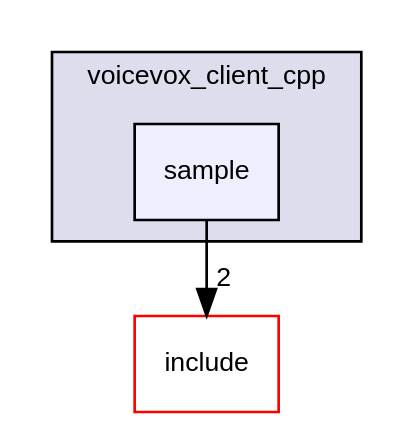
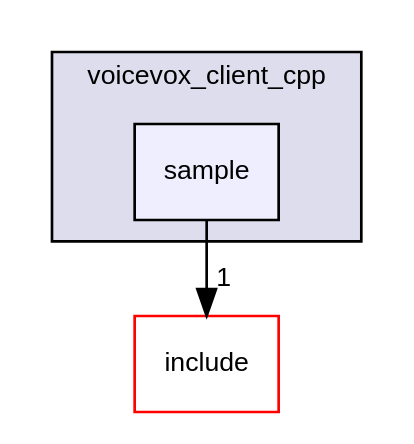
One commit to fugashy/voicevox_client_cpp changed the diagram in dir_664b77a43bc06fa39db15eb61f0df88d_dep.dot. Above: the diagram before and after it, drawn with Graphviz. The commit also changed 49 other files, not shown here.

```diff
--- a/dir_664b77a43bc06fa39db15eb61f0df88d_dep.dot
+++ b/dir_664b77a43bc06fa39db15eb61f0df88d_dep.dot
@@ -1,11 +1,11 @@
 digraph "sample" {
   compound=true
   node [ fontsize="10", fontname="Helvetica"];
   edge [ labelfontsize="10", labelfontname="Helvetica"];
   subgraph clusterdir_c0642729247b66af8e1f7cbefae5b919 {
     graph [ bgcolor="#ddddee", pencolor="black", label="voicevox_client_cpp" fontname="Helvetica", fontsize="10", URL="dir_c0642729247b66af8e1f7cbefae5b919.html"]
   dir_664b77a43bc06fa39db15eb61f0df88d [shape=box, label="sample", style="filled", fillcolor="#eeeeff", pencolor="black", URL="dir_664b77a43bc06fa39db15eb61f0df88d.html"];
   }
   dir_d44c64559bbebec7f509842c48db8b23 [shape=box label="include" fillcolor="white" style="filled" color="red" URL="dir_d44c64559bbebec7f509842c48db8b23.html"];
-  dir_664b77a43bc06fa39db15eb61f0df88d->dir_d44c64559bbebec7f509842c48db8b23 [headlabel="2", labeldistance=1.5 headhref="dir_000004_000000.html"];
+  dir_664b77a43bc06fa39db15eb61f0df88d->dir_d44c64559bbebec7f509842c48db8b23 [headlabel="1", labeldistance=1.5 headhref="dir_000004_000000.html"];
 }
```
